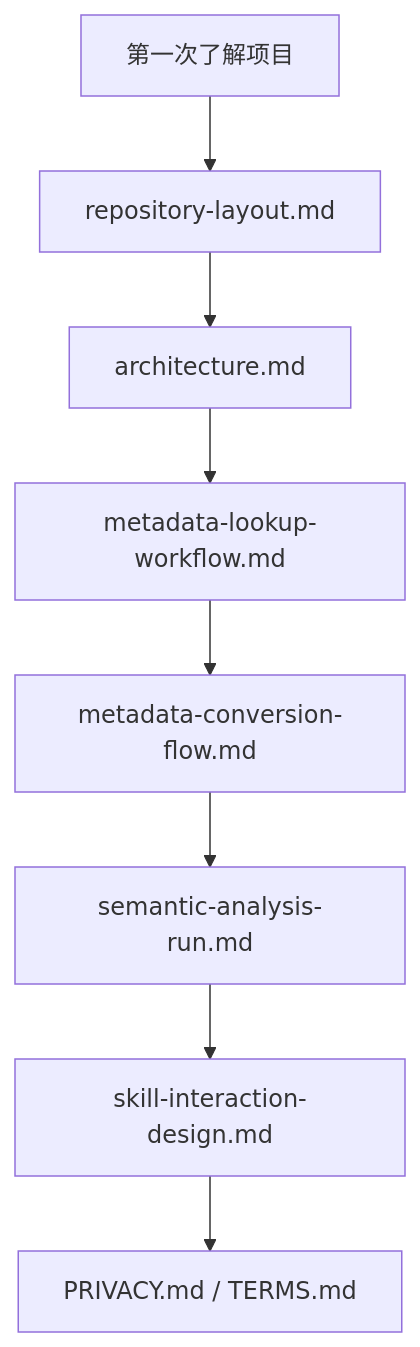
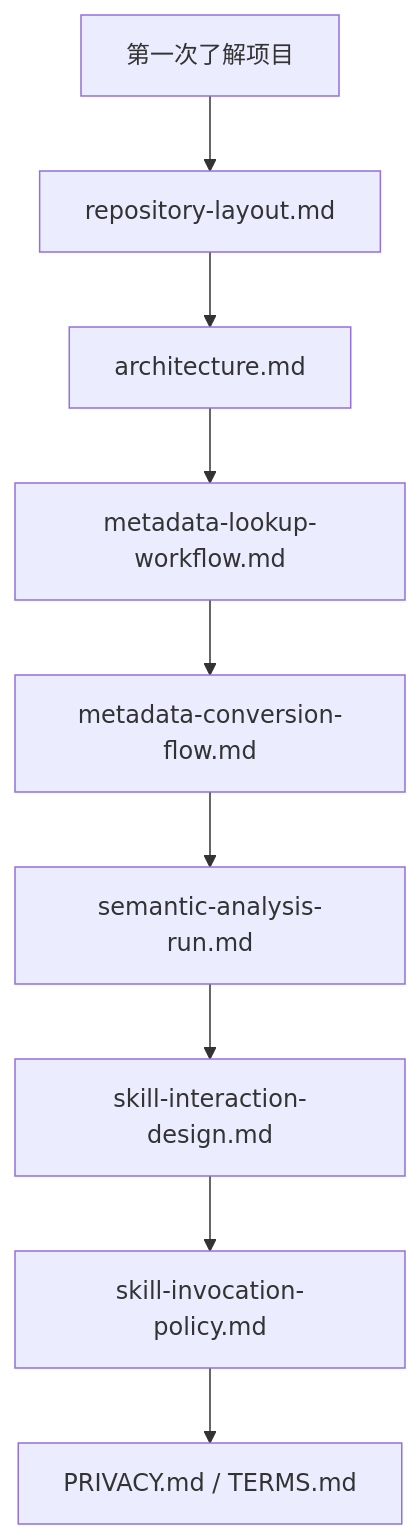
Before and after one commit to dabaige53/RealAnalyst: the diagram in docs/README.md, drawn with Mermaid. The commit also changed other lines of this file, not shown here.

Commit message:
docs: add skill invocation and audit references

````diff
--- a/docs/README.md
+++ b/docs/README.md
@@ -10,10 +10,11 @@
 ```mermaid
 flowchart TD
     Start[第一次了解项目] --> Layout[repository-layout.md]
     Layout --> Arch[architecture.md]
     Arch --> Lookup[metadata-lookup-workflow.md]
     Lookup --> Conversion[metadata-conversion-flow.md]
     Conversion --> Semantic[semantic-analysis-run.md]
     Semantic --> Interaction[skill-interaction-design.md]
-    Interaction --> Privacy[PRIVACY.md / TERMS.md]
+    Interaction --> Invocation[skill-invocation-policy.md]
+    Invocation --> Privacy[PRIVACY.md / TERMS.md]
 ```
````
